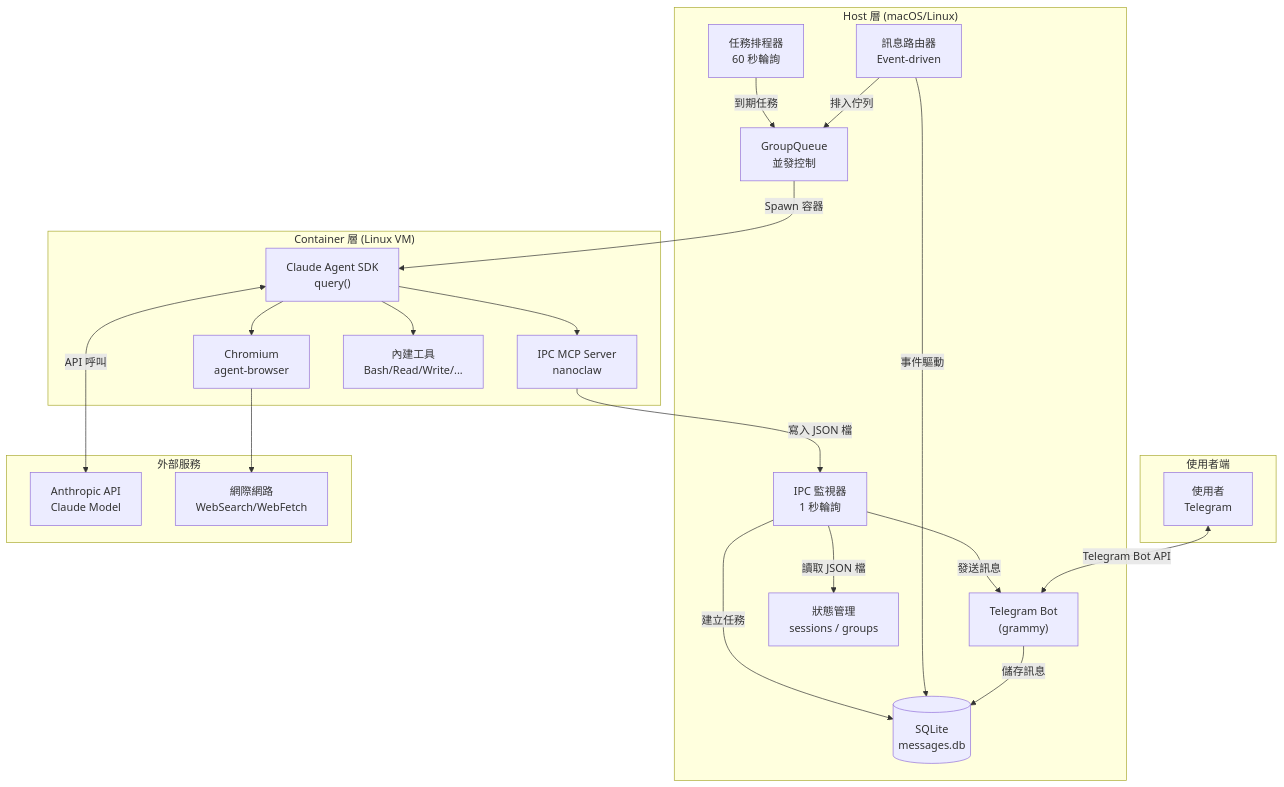
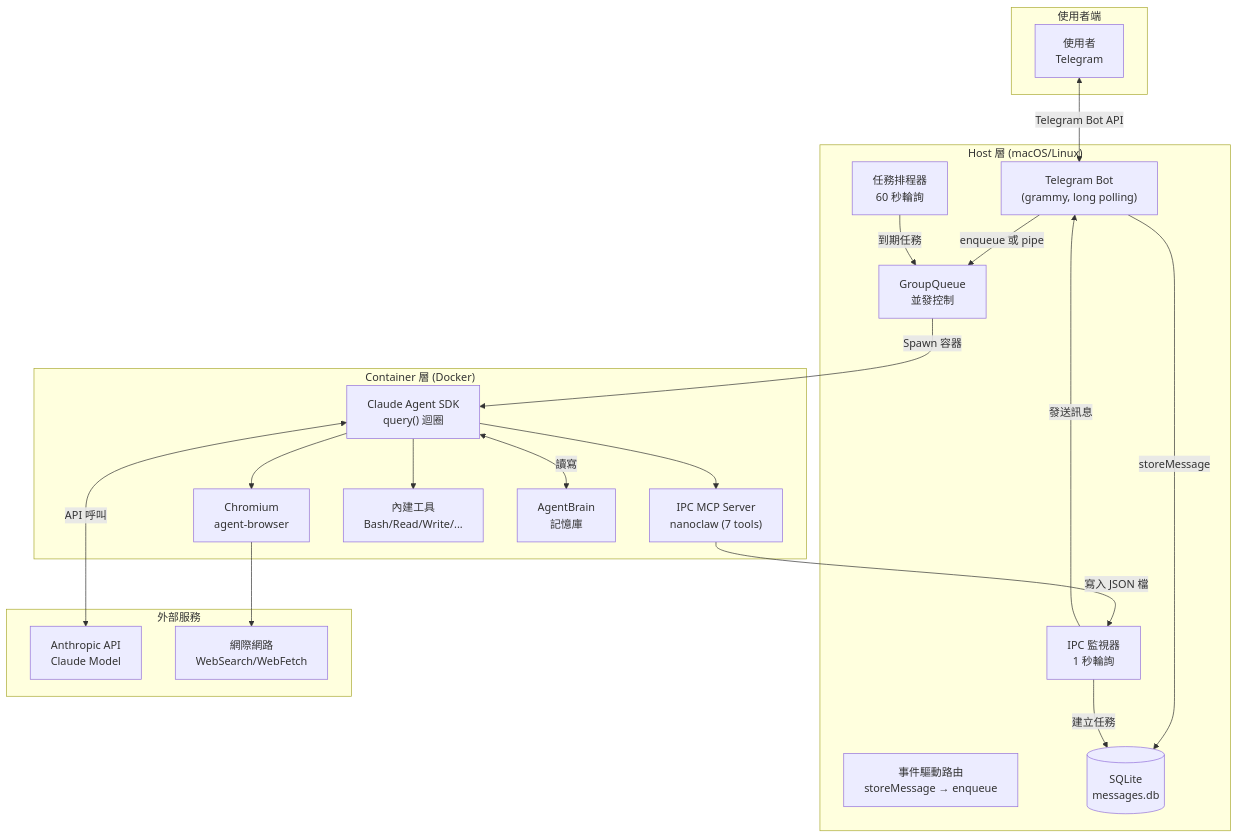
One commit to shunwork/nanoclaw changed the third of 39 diagrams in tutorial/TUTORIAL.md. Above: the diagram before and after it, drawn with Mermaid. The commit also changed other lines of this file and 18 other files, not shown here.

````diff
--- a/tutorial/TUTORIAL.md
+++ b/tutorial/TUTORIAL.md
@@ -110,44 +115,43 @@
 ```mermaid
 graph TB
     subgraph "使用者端"
         Phone["使用者<br>Telegram"]
     end
 
     subgraph "Host 層 (macOS/Linux)"
-        TG["Telegram Bot<br>(grammy)"]
-        Router["訊息路由器<br>Event-driven"]
+        TG["Telegram Bot<br>(grammy, long polling)"]
+        Router["事件驅動路由<br>storeMessage → enqueue"]
         Scheduler["任務排程器<br>60 秒輪詢"]
         IPC["IPC 監視器<br>1 秒輪詢"]
         Queue["GroupQueue<br>並發控制"]
         DB[(SQLite<br>messages.db)]
-        State["狀態管理<br>sessions / groups"]
     end
 
-    subgraph "Container 層 (Linux VM)"
-        Agent["Claude Agent SDK<br>query()"]
-        MCP["IPC MCP Server<br>nanoclaw"]
+    subgraph "Container 層 (Docker)"
+        Agent["Claude Agent SDK<br>query() 迴圈"]
+        MCP["IPC MCP Server<br>nanoclaw (7 tools)"]
         Browser["Chromium<br>agent-browser"]
         Tools["內建工具<br>Bash/Read/Write/..."]
+        Brain["AgentBrain<br>記憶庫"]
     end
 
     subgraph "外部服務"
         Claude["Anthropic API<br>Claude Model"]
         Web["網際網路<br>WebSearch/WebFetch"]
     end
 
     Phone <-->|Telegram Bot API| TG
-    TG -->|儲存訊息| DB
-    Router -->|事件驅動| DB
-    Router -->|排入佇列| Queue
+    TG -->|storeMessage| DB
+    TG -->|enqueue 或 pipe| Queue
     Queue -->|Spawn 容器| Agent
     Scheduler -->|到期任務| Queue
     Agent <-->|API 呼叫| Claude
     Agent --> Tools
     Agent --> Browser
     Browser --> Web
     Agent --> MCP
+    Agent <-->|讀寫| Brain
     MCP -->|寫入 JSON 檔| IPC
-    IPC -->|讀取 JSON 檔| State
+    IPC -->|發送訊息| TG
     IPC -->|建立任務| DB
-    IPC -->|發送訊息| TG
 ```
````
